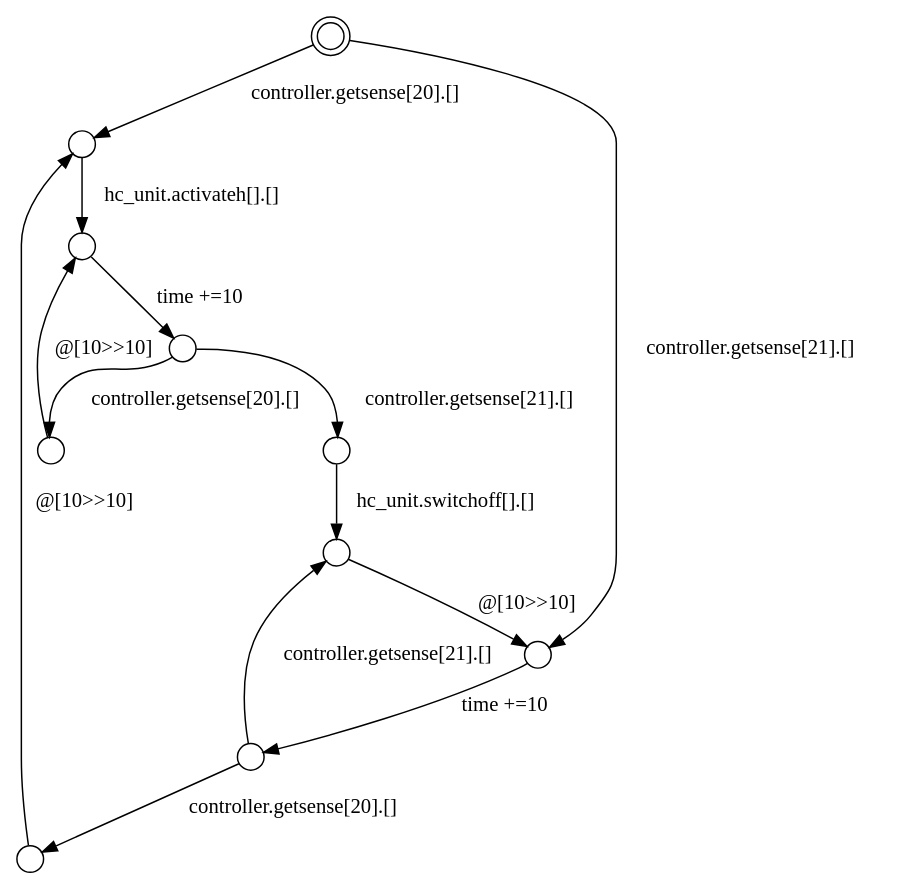
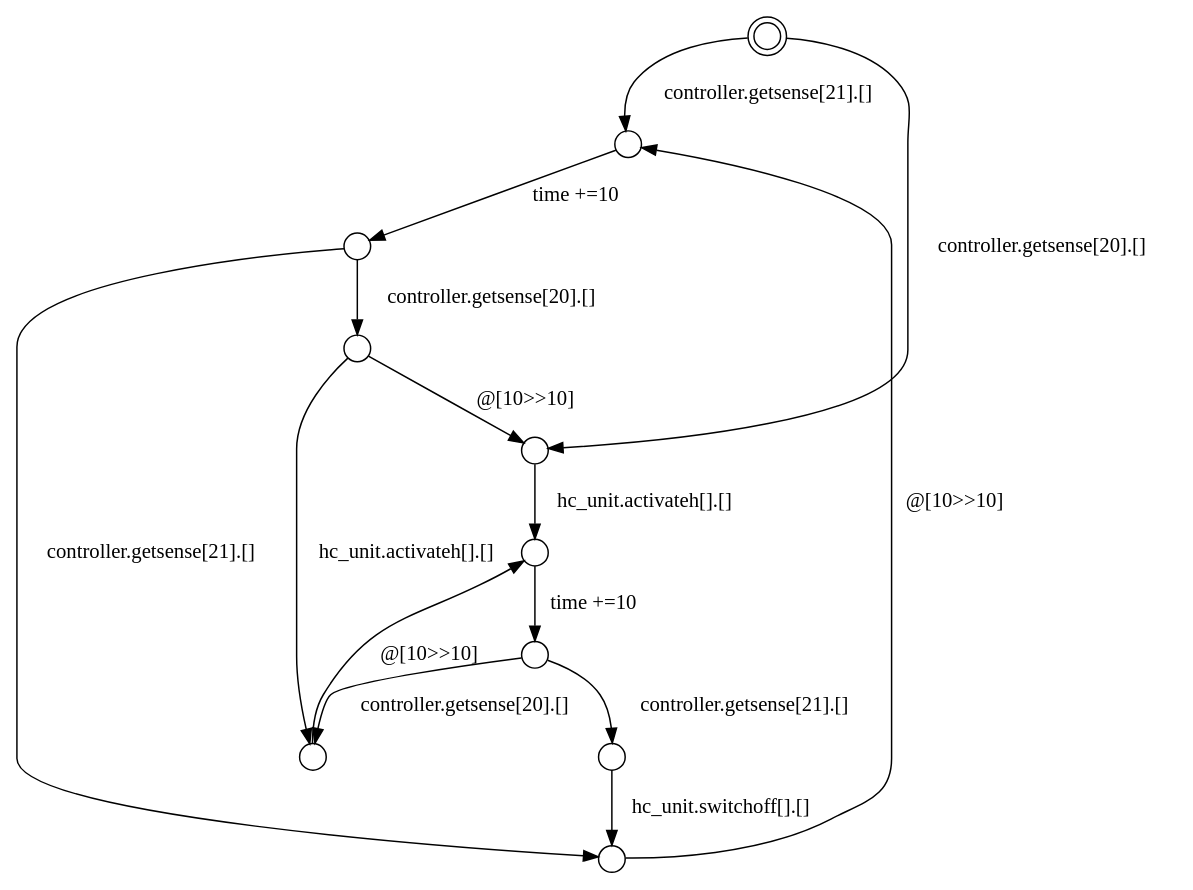
Before and after one commit to AliAtaollahi/Tinification: the diagram in new.dot, drawn with Graphviz. The commit also changed 25 other files, not shown here.

```diff
--- a/new.dot
+++ b/new.dot
@@ -1,30 +1,31 @@
 digraph G {
 center = TRUE;
 mclimit = 10.0;
 nodesep = 0.05;
 node [ width=0.25, height=0.25, label="" ];
-S6 [ peripheries=2 ];
+S1 [ peripheries=2 ];
 S0
 S1
 S2
 S3
 S4
 S5
 S6
 S7
 S8
 S9
-S7 -> S9[label="controller.getsense[21].[]"];
-S7 -> S4[label="controller.getsense[20].[]"];
-S0 -> S2[label="controller.getsense[21].[]"];
-S0 -> S1[label="controller.getsense[20].[]"];
-S6 -> S8[label="controller.getsense[21].[]"];
-S6 -> S5[label="controller.getsense[20].[]"];
-S5 -> S3[label="hc_unit.activateh[].[]"];
-S8 -> S7[label="time +=10"];
-S3 -> S0[label="time +=10"];
-S2 -> S9[label="hc_unit.switchoff[].[]"];
-S9 -> S8[label="@[10>>10]"];
-S1 -> S3[label="@[10>>10]"];
-S4 -> S5[label="@[10>>10]"];
+S0 -> S5[label="time +=10"];
+S9 -> S7[label="hc_unit.switchoff[].[]"];
+S8 -> S6[label="@[10>>10]"];
+S7 -> S0[label="@[10>>10]"];
+S6 -> S4[label="time +=10"];
+S2 -> S6[label="hc_unit.activateh[].[]"];
+S3 -> S8[label="hc_unit.activateh[].[]"];
+S3 -> S2[label="@[10>>10]"];
+S5 -> S3[label="controller.getsense[20].[]"];
+S5 -> S7[label="controller.getsense[21].[]"];
+S1 -> S2[label="controller.getsense[20].[]"];
+S1 -> S0[label="controller.getsense[21].[]"];
+S4 -> S8[label="controller.getsense[20].[]"];
+S4 -> S9[label="controller.getsense[21].[]"];
 }
```
